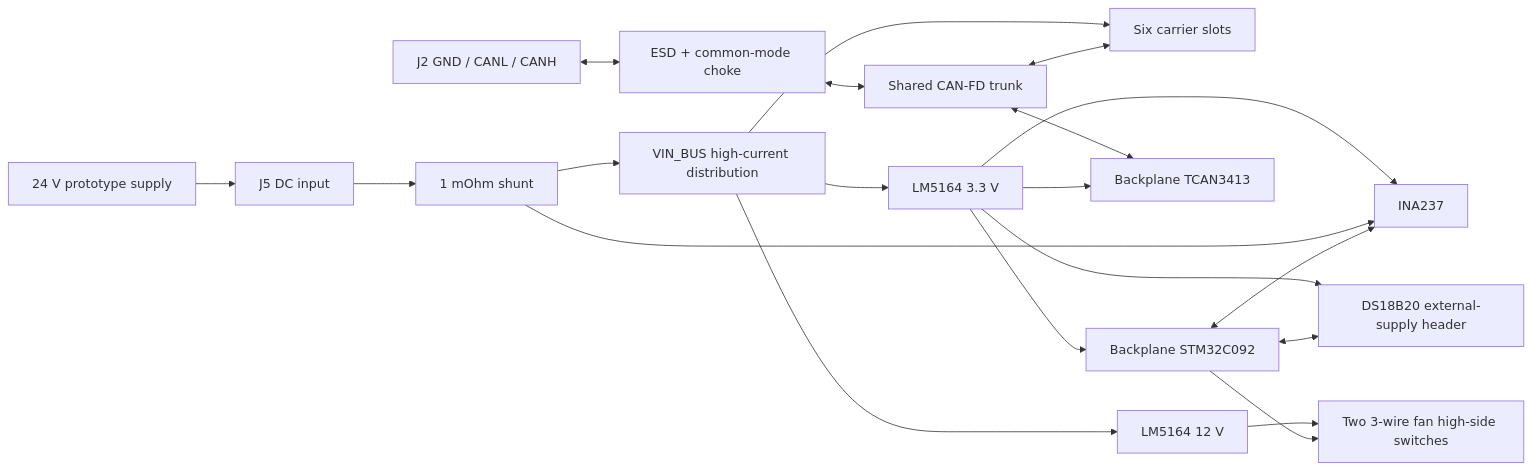
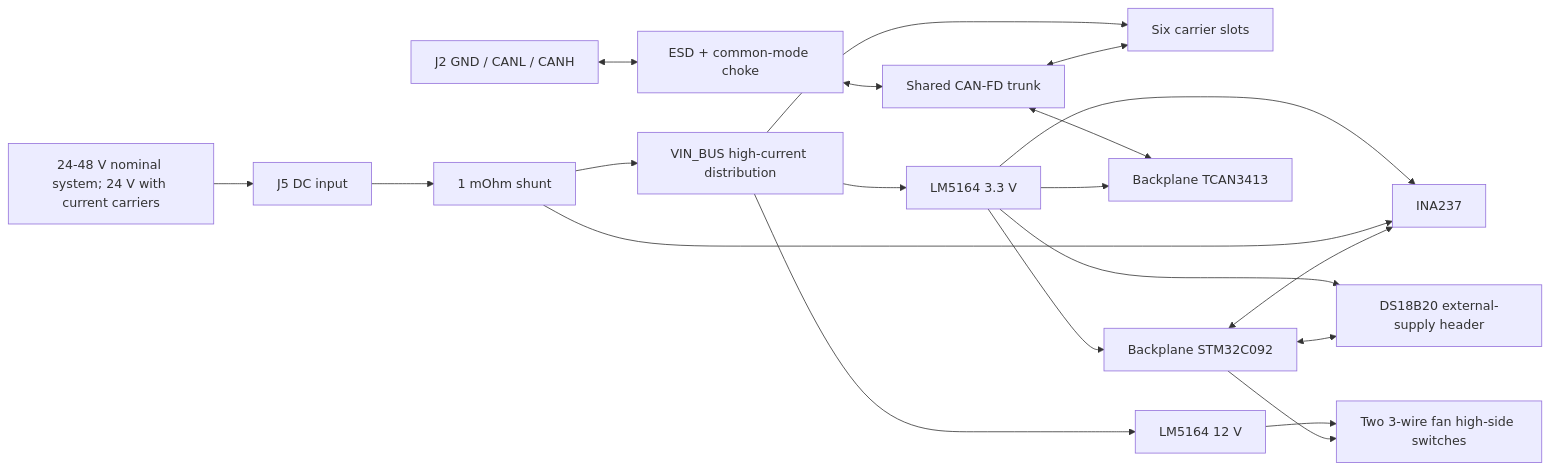
One commit to kquinsland/modular-rack-mount-power-system changed the diagram in docs/system-overview.md. Above: the diagram before and after it, drawn with Mermaid. The commit also changed other lines of this file and 14 other files, not shown here.

````diff
--- a/docs/system-overview.md
+++ b/docs/system-overview.md
@@ -8,24 +8,24 @@
 ```mermaid
 flowchart LR
-    supply[24 V prototype supply] --> input[J5 DC input]
+    supply["24-48 V nominal system; 24 V with current carriers"] --> input[J5 DC input]
     input --> shunt[1 mOhm shunt]
     shunt --> bus[VIN_BUS high-current distribution]
     bus --> slots[Six carrier slots]
     bus --> buck3[LM5164 3.3 V]
     bus --> buck12[LM5164 12 V]
 
     canext[J2 GND / CANL / CANH] <--> protection[ESD + common-mode choke]
     protection <--> canbus[Shared CAN-FD trunk]
     canbus <--> phy[Backplane TCAN3413]
     canbus <--> slots
 
     buck3 --> mcu[Backplane STM32C092]
     buck3 --> monitor[INA237]
     buck3 --> phy
     shunt --> monitor
     mcu <--> monitor
     buck3 --> temp[DS18B20 external-supply header]
     mcu <--> temp
     buck12 --> fans[Two 3-wire fan high-side switches]
     mcu --> fans
 ```
````
